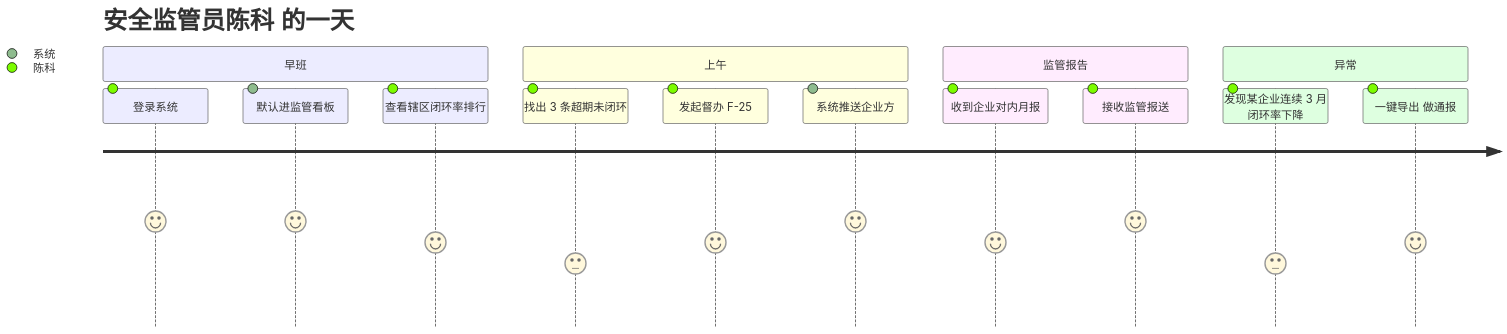
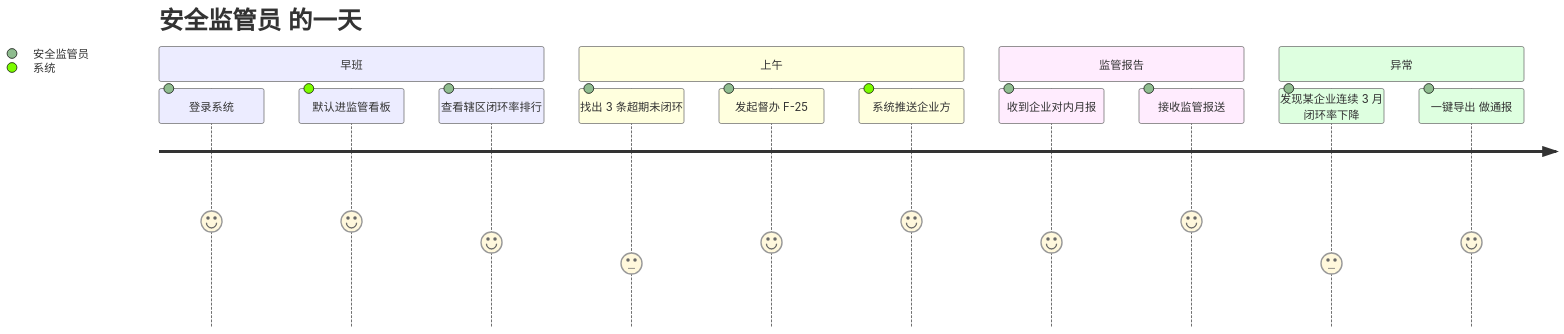
The eighth of 8 diagrams in docs/隐患管理/biz-design-大纲.md (LiSunny/SaaS_Demo), drawn with Mermaid before and after one commit. The commit also changed other lines of this file and 1 other file, not shown here.

````diff
--- a/docs/隐患管理/biz-design-大纲.md
+++ b/docs/隐患管理/biz-design-大纲.md
@@ -476,18 +476,18 @@
 ```mermaid
 journey
-    title 安全监管员陈科 的一天
+    title 安全监管员 的一天
     section 早班
-      登录系统: 5: 陈科
+      登录系统: 5: 安全监管员
       默认进监管看板: 5: 系统
-      查看辖区闭环率排行: 4: 陈科
+      查看辖区闭环率排行: 4: 安全监管员
     section 上午
-      找出 3 条超期未闭环: 3: 陈科
-      发起督办 F-25: 4: 陈科
+      找出 3 条超期未闭环: 3: 安全监管员
+      发起督办 F-25: 4: 安全监管员
       系统推送企业方: 5: 系统
     section 监管报告
-      收到企业对内月报: 4: 陈科
-      接收监管报送: 5: 陈科
+      收到企业对内月报: 4: 安全监管员
+      接收监管报送: 5: 安全监管员
     section 异常
-      发现某企业连续 3 月闭环率下降: 3: 陈科
-      一键导出 做通报: 4: 陈科
+      发现某企业连续 3 月闭环率下降: 3: 安全监管员
+      一键导出 做通报: 4: 安全监管员
 ```
````
